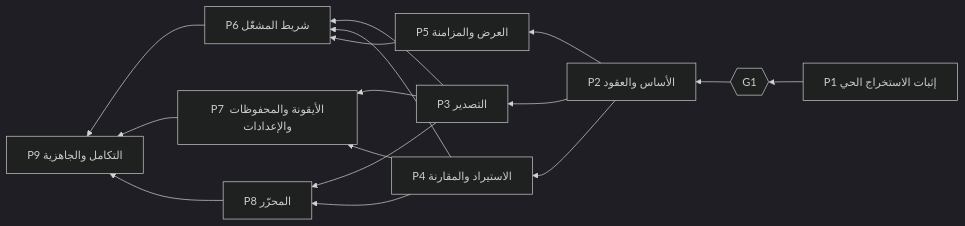
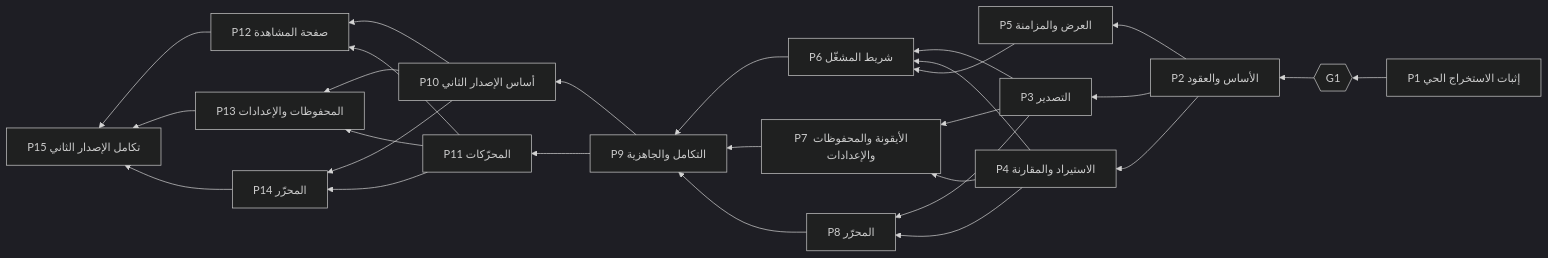
One commit to iSltanX/Tarjuman changed the diagram in docs/delivery/waves.md. Above: the diagram before and after it, drawn with Mermaid (dark theme). The commit also changed other lines of this file and 35 other files, not shown here.

First line of the commit message:
الخطة: الإصدار الثاني — W6 وW7 وW8 (P10–P15) بقرار سلطان

````diff
--- a/docs/delivery/waves.md
+++ b/docs/delivery/waves.md
@@ -24,18 +33,29 @@
 ```mermaid
 flowchart RL
   P1["P1 إثبات الاستخراج الحي"] --> G1{{"G1"}}
   G1 --> P2["P2 الأساس والعقود"]
   P2 --> P3["P3 التصدير"]
   P2 --> P4["P4 الاستيراد والمقارنة"]
   P2 --> P5["P5 العرض والمزامنة"]
   P3 --> P6["P6 شريط المشغّل"]
   P4 --> P6
   P5 --> P6
   P3 --> P7["P7 الأيقونة والمحفوظات والإعدادات"]
   P4 --> P7
   P3 --> P8["P8 المحرّر"]
   P4 --> P8
   P6 --> P9["P9 التكامل والجاهزية"]
   P7 --> P9
   P8 --> P9
+  P9 --> P10["P10 أساس الإصدار الثاني"]
+  P9 --> P11["P11 المحرّكات"]
+  P10 --> P12["P12 صفحة المشاهدة"]
+  P11 --> P12
+  P10 --> P13["P13 المحفوظات والإعدادات"]
+  P11 --> P13
+  P10 --> P14["P14 المحرّر"]
+  P11 --> P14
+  P12 --> P15["P15 تكامل الإصدار الثاني"]
+  P13 --> P15
+  P14 --> P15
 ```
````
